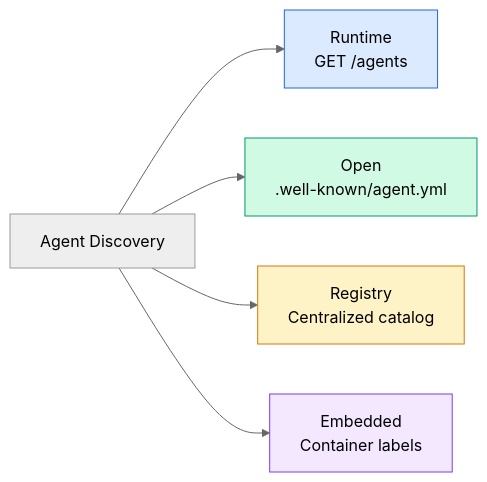
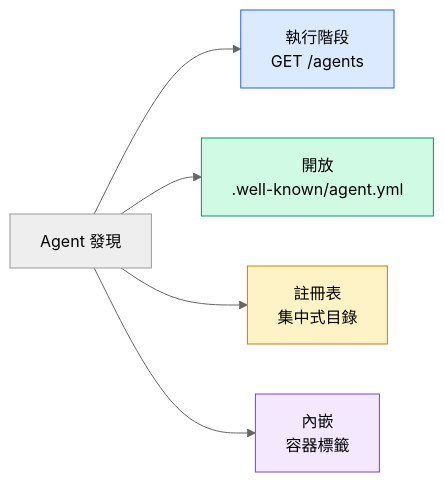
The sixth of 13 diagrams in i18n/zh-TW/phases/16-multi-agent-and-swarms/03-communication-protocols/docs/zh-TW.md (edward821220/ai-engineering-from-scratch), drawn with Mermaid (neutral theme) before and after one commit. The commit also changed other lines of this file and 43 other files, not shown here.

````diff
--- a/i18n/zh-TW/phases/16-multi-agent-and-swarms/03-communication-protocols/docs/zh-TW.md
+++ b/i18n/zh-TW/phases/16-multi-agent-and-swarms/03-communication-protocols/docs/zh-TW.md
@@ -294,12 +294,12 @@
 ```mermaid
 graph LR
-    A[Agent Discovery] --> B["Runtime<br/>GET /agents"]
-    A --> C["Open<br/>.well-known/agent.yml"]
-    A --> D["Registry<br/>Centralized catalog"]
-    A --> E["Embedded<br/>Container labels"]
+    A[Agent 發現] --> B["執行階段<br/>GET /agents"]
+    A --> C["開放<br/>.well-known/agent.yml"]
+    A --> D["註冊表<br/>集中式目錄"]
+    A --> E["內嵌<br/>容器標籤"]
 
     style B fill:#dbeafe,stroke:#2563eb
     style C fill:#d1fae5,stroke:#059669
     style D fill:#fef3c7,stroke:#d97706
     style E fill:#f3e8ff,stroke:#7c3aed
 ```
````
